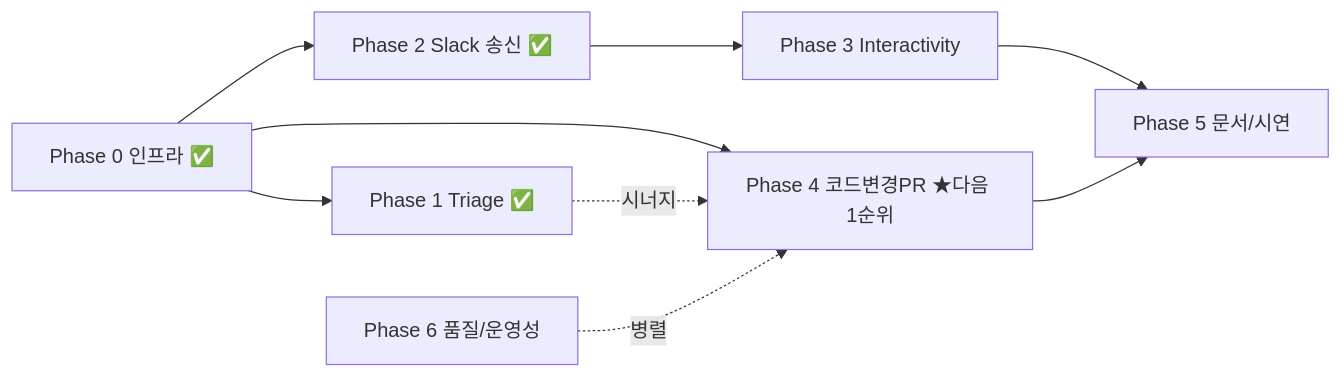
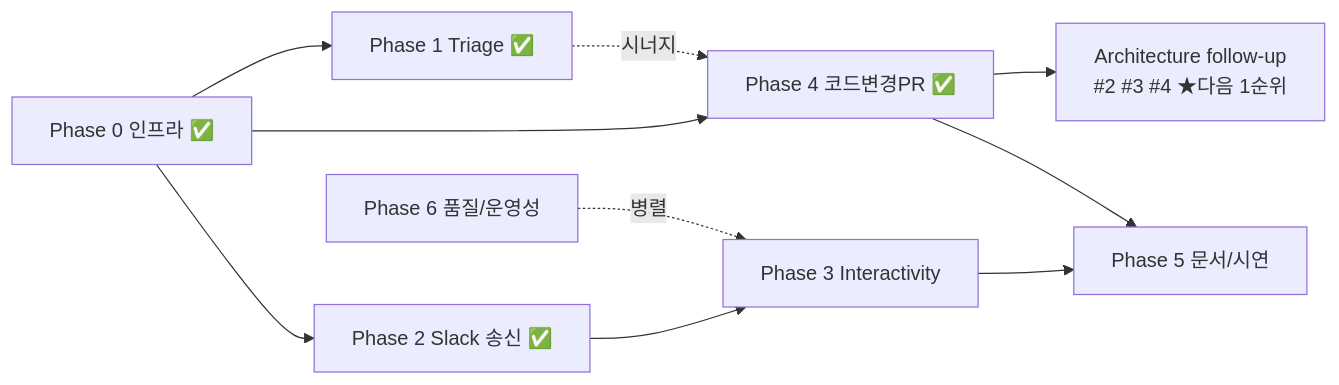
The fourth of 4 diagrams in docs/plan.md (dlwodnjs724/warroom), drawn with Mermaid before and after one commit. The commit also changed other lines of this file and 3 other files, not shown here.

First line of the commit message:
📝 docs: Phase 4 머지 반영 stale 갱신 (plan/architecture/decisions/log)

````diff
--- a/docs/plan.md
+++ b/docs/plan.md
@@ -280,11 +286,12 @@
 ```mermaid
 flowchart LR
     P0[Phase 0 인프라 ✅] --> P1[Phase 1 Triage ✅]
     P0 --> P2[Phase 2 Slack 송신 ✅]
-    P0 --> P4[Phase 4 코드변경PR ★다음 1순위]
+    P0 --> P4[Phase 4 코드변경PR ✅]
+    P4 --> FU[Architecture follow-up<br/>#2 #3 #4 ★다음 1순위]
     P2 --> P3[Phase 3 Interactivity]
     P1 -.시너지.-> P4
     P3 --> P5[Phase 5 문서/시연]
     P4 --> P5
-    P6[Phase 6 품질/운영성] -.병렬.-> P4
+    P6[Phase 6 품질/운영성] -.병렬.-> P3
 ```
````
